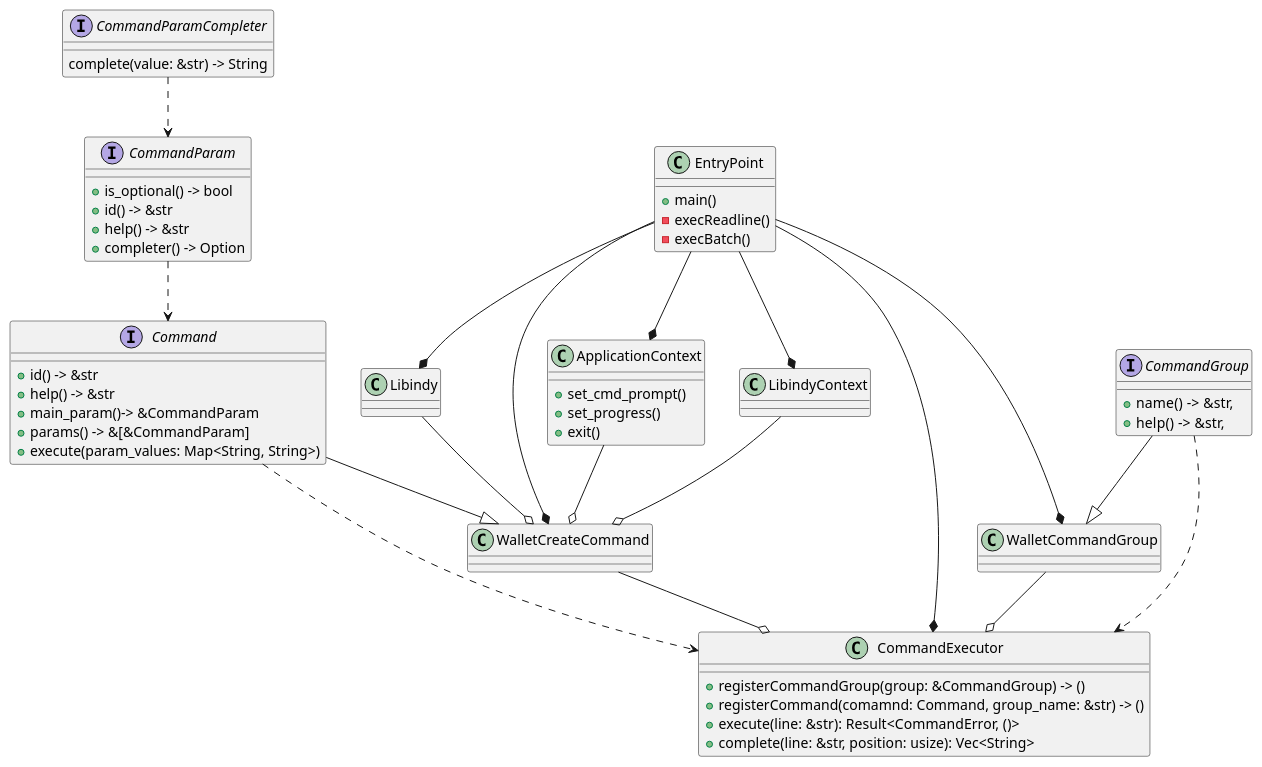
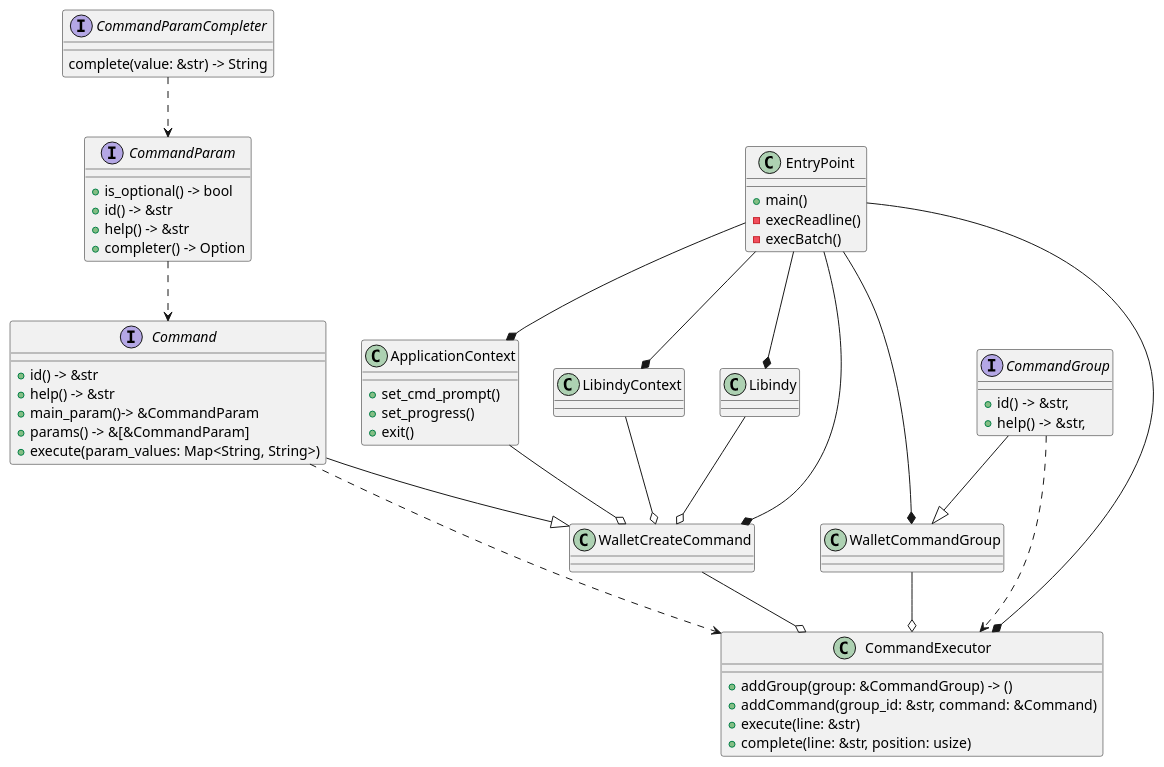
One commit to hyperledger-archives/indy-sdk changed the diagram in cli/src/docs/components.wsd. Above: the diagram before and after it, drawn with PlantUML.

Commit message:
* Components diagram was updated

```diff
--- a/cli/src/docs/components.wsd
+++ b/cli/src/docs/components.wsd
@@ -1,71 +1,71 @@
 @startuml CLI components
 
 interface CommandParamCompleter {
     complete(value: &str) -> String
 }
 
 interface CommandParam {
     +is_optional() -> bool
     +id() -> &str
     +help() -> &str
     +completer() -> Option<&Completer>
 }
 CommandParamCompleter ..> CommandParam
 
 interface Command {
     +id() -> &str
     +help() -> &str
     +main_param()-> &CommandParam
     +params() -> &[&CommandParam]
     +execute(param_values: Map<String, String>)
 }
 CommandParam ..> Command
+
+interface CommandGroup {
+    +id() -> &str,
+    +help() -> &str,
+}
 
 class EntryPoint {
     +main()
     -execReadline()
     -execBatch()
 }
 
 class ApplicationContext {
     +set_cmd_prompt()
     +set_progress()
     +exit()
 }
 EntryPoint --* ApplicationContext
 
 class LibindyContext
 EntryPoint --* LibindyContext
 
 class Libindy
 EntryPoint --* Libindy
 
 class WalletCreateCommand
 Command --|> WalletCreateCommand
 EntryPoint --* WalletCreateCommand
 ApplicationContext --o WalletCreateCommand
 LibindyContext --o WalletCreateCommand
 Libindy --o WalletCreateCommand
 
-interface CommandGroup {
-    +name() -> &str,
-    +help() -> &str,
-}
-
 class WalletCommandGroup
 CommandGroup --|> WalletCommandGroup
 EntryPoint --* WalletCommandGroup
 
 class CommandExecutor {
-    +registerCommandGroup(group: &CommandGroup) -> ()
-    +registerCommand(comamnd: Command, group_name: &str) -> ()
-    +execute(line: &str): Result<CommandError, ()>
-    +complete(line: &str, position: usize): Vec<String>
+    +addGroup(group: &CommandGroup) -> ()
+    +addCommand(group_id: &str, command: &Command)
+    +execute(line: &str)
+    +complete(line: &str, position: usize)
 }
 EntryPoint --* CommandExecutor
 Command ..> CommandExecutor
 CommandGroup ..> CommandExecutor
 WalletCreateCommand --o CommandExecutor
 WalletCommandGroup --o CommandExecutor
 
 @enduml
```
